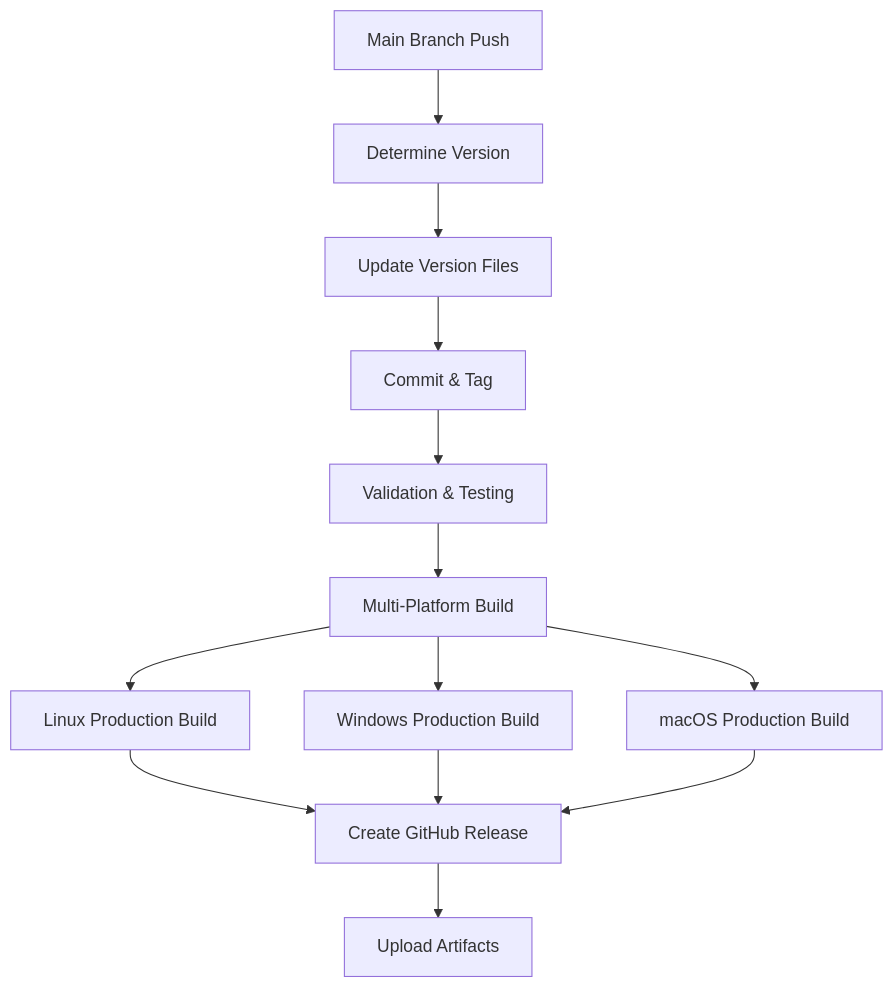
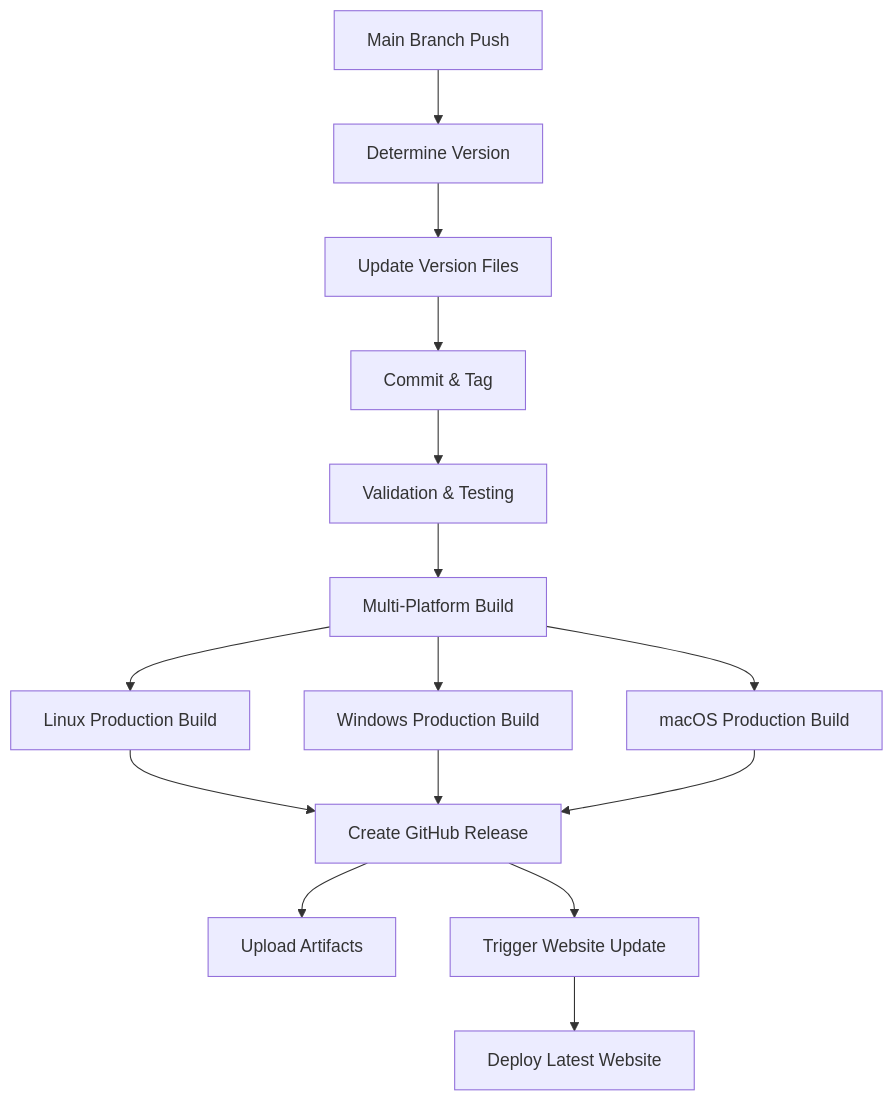
Before and after one commit to astrogirlnim/GeneKnow: the second of 2 diagrams in docs/CI_CD_Pipeline_Guide.md, drawn with Mermaid. The commit also changed other lines of this file and 1 other file, not shown here.

Commit message:
Fix download website automation gap - add automatic trigger when new releases are created - ensures website always shows latest releases without manual intervention

````diff
--- a/docs/CI_CD_Pipeline_Guide.md
+++ b/docs/CI_CD_Pipeline_Guide.md
@@ -45,15 +50,17 @@
 ```mermaid
 graph TD
     A[Main Branch Push] --> B[Determine Version]
     B --> C[Update Version Files]
     C --> D[Commit & Tag]
     D --> E[Validation & Testing]
     E --> F[Multi-Platform Build]
     F --> G[Linux Production Build]
     F --> H[Windows Production Build]
     F --> I[macOS Production Build]
     G --> J[Create GitHub Release]
     H --> J
     I --> J
     J --> K[Upload Artifacts]
+    J --> L[Trigger Website Update]
+    L --> M[Deploy Latest Website]
 ```
````
